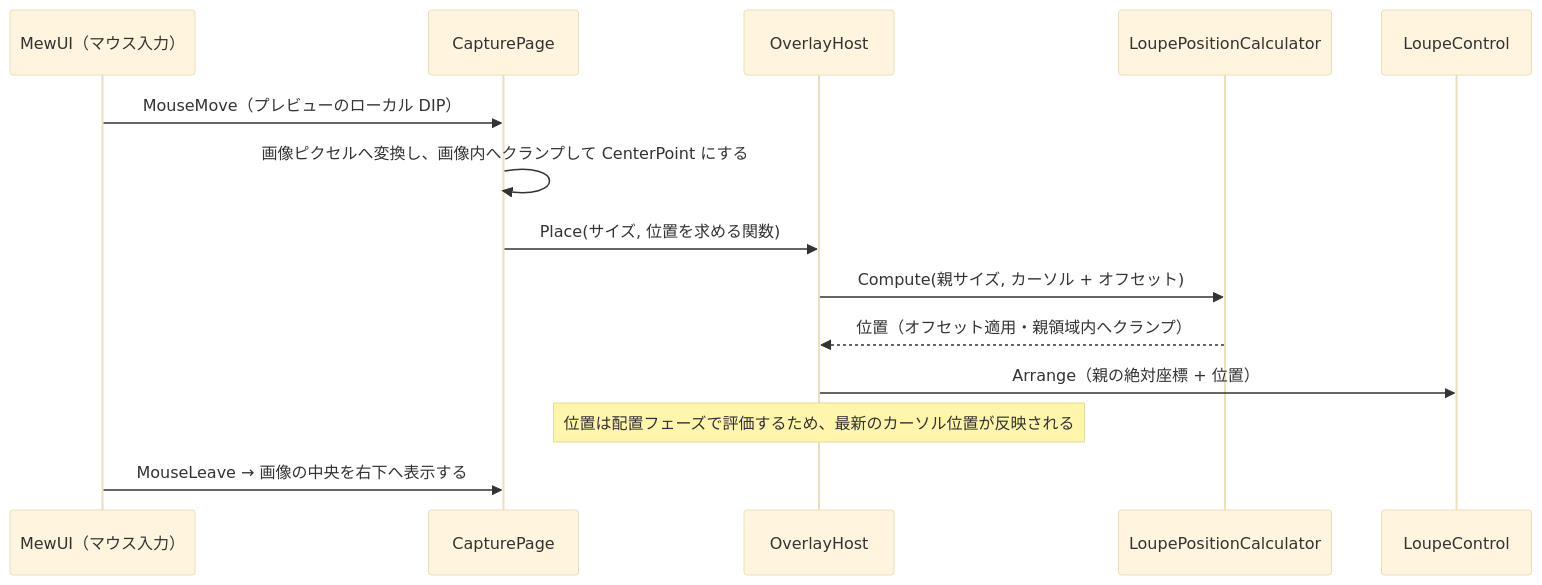
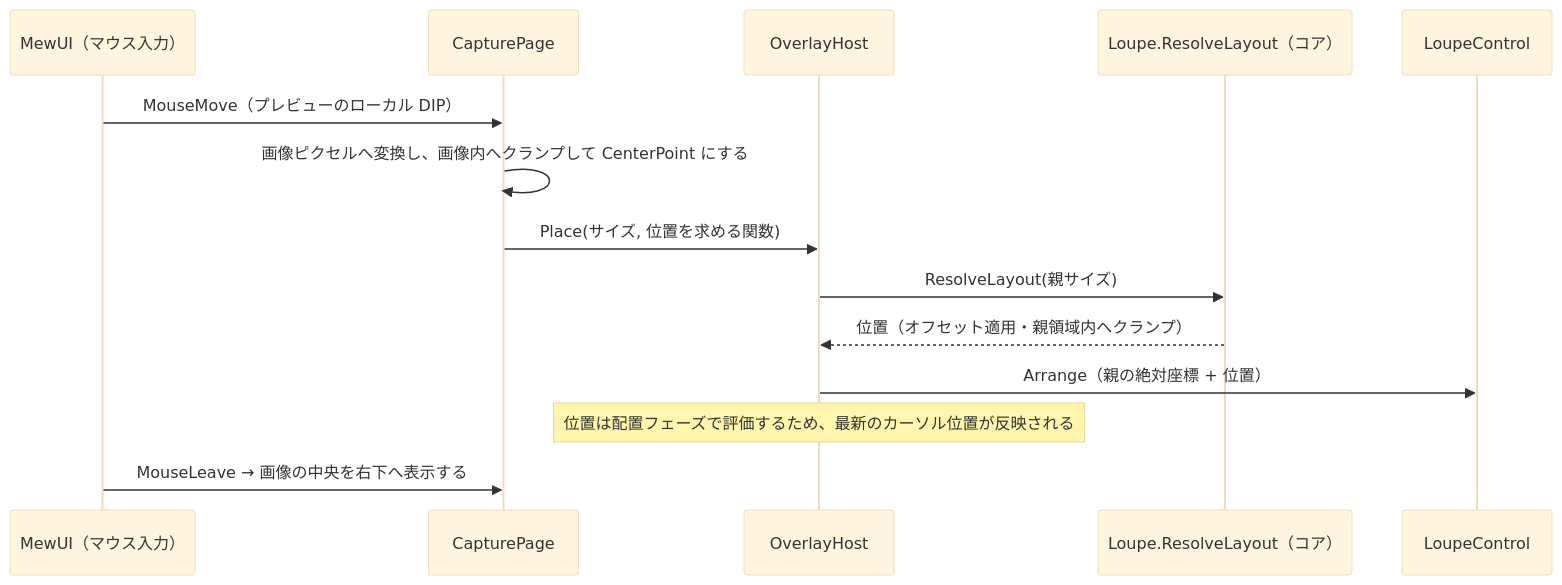
Before and after one commit to tomokuni/SaveEvidence: the eighth of 12 diagrams in src/app.MewUI/SPEC_System.md, drawn with Mermaid (base theme). The commit also changed 201 other files, not shown here.

````diff
--- a/src/app.MewUI/SPEC_System.md
+++ b/src/app.MewUI/SPEC_System.md
@@ -469,17 +469,17 @@
 ```mermaid
 sequenceDiagram
     participant OS as MewUI（マウス入力）
     participant CP as CapturePage
     participant OH as OverlayHost
-    participant LP as LoupePositionCalculator
+    participant LP as Loupe.ResolveLayout（コア）
     participant LV as LoupeControl
 
     OS->>CP: MouseMove（プレビューのローカル DIP）
     CP->>CP: 画像ピクセルへ変換し、画像内へクランプして CenterPoint にする
     CP->>OH: Place(サイズ, 位置を求める関数)
-    OH->>LP: Compute(親サイズ, カーソル + オフセット)
+    OH->>LP: ResolveLayout(親サイズ)
     LP-->>OH: 位置（オフセット適用・親領域内へクランプ）
     OH->>LV: Arrange（親の絶対座標 + 位置）
     Note over OH: 位置は配置フェーズで評価するため、最新のカーソル位置が反映される
     OS->>CP: MouseLeave → 画像の中央を右下へ表示する
 ```
````
